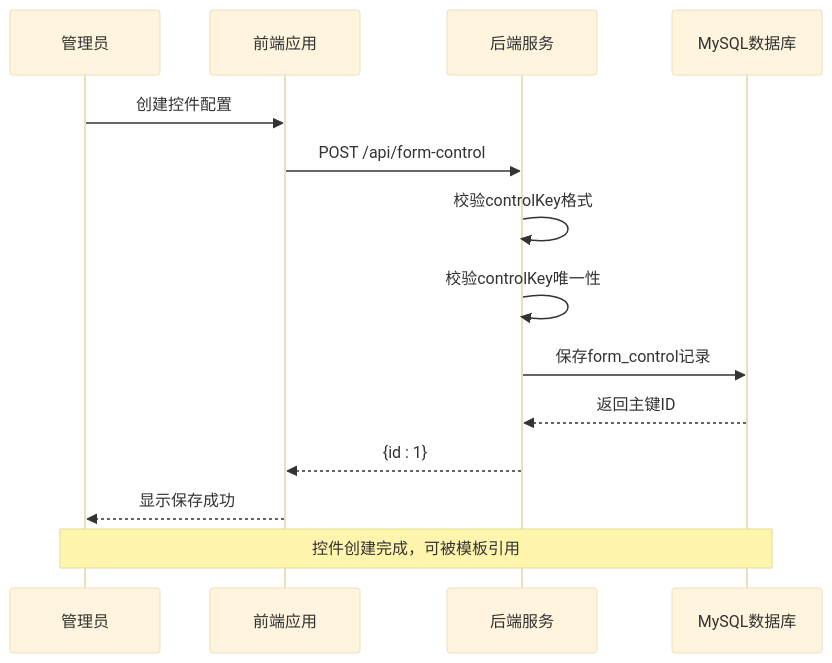
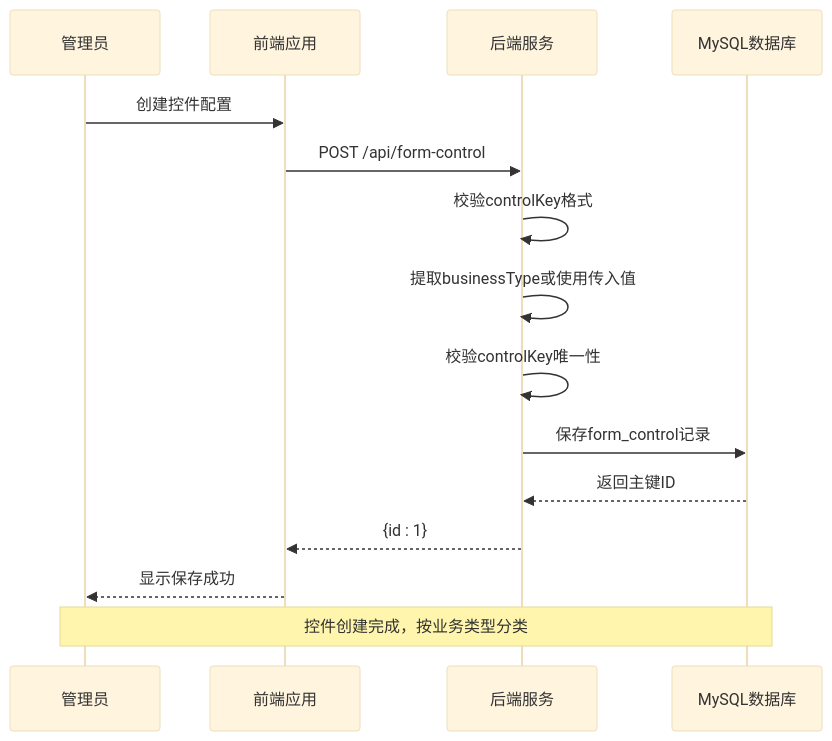
Before and after one commit to NJMrLi/genetics: the second of 4 diagrams in .qoder/repowiki/zh/content/数据库设计/自定义控件表设计.md, drawn with Mermaid (base theme). The commit also changed other lines of this file and 19 other files, not shown here.

````diff
--- a/.qoder/repowiki/zh/content/数据库设计/自定义控件表设计.md
+++ b/.qoder/repowiki/zh/content/数据库设计/自定义控件表设计.md
@@ -81,16 +94,17 @@
 ```mermaid
 sequenceDiagram
 participant Admin as 管理员
 participant Frontend as 前端应用
 participant Backend as 后端服务
 participant Database as MySQL数据库
 Admin->>Frontend : 创建控件配置
 Frontend->>Backend : POST /api/form-control
 Backend->>Backend : 校验controlKey格式
+Backend->>Backend : 提取businessType或使用传入值
 Backend->>Backend : 校验controlKey唯一性
 Backend->>Database : 保存form_control记录
 Database-->>Backend : 返回主键ID
 Backend-->>Frontend : {id : 1}
 Frontend-->>Admin : 显示保存成功
-Note over Admin,Database : 控件创建完成，可被模板引用
+Note over Admin,Database : 控件创建完成，按业务类型分类
 ```
````
